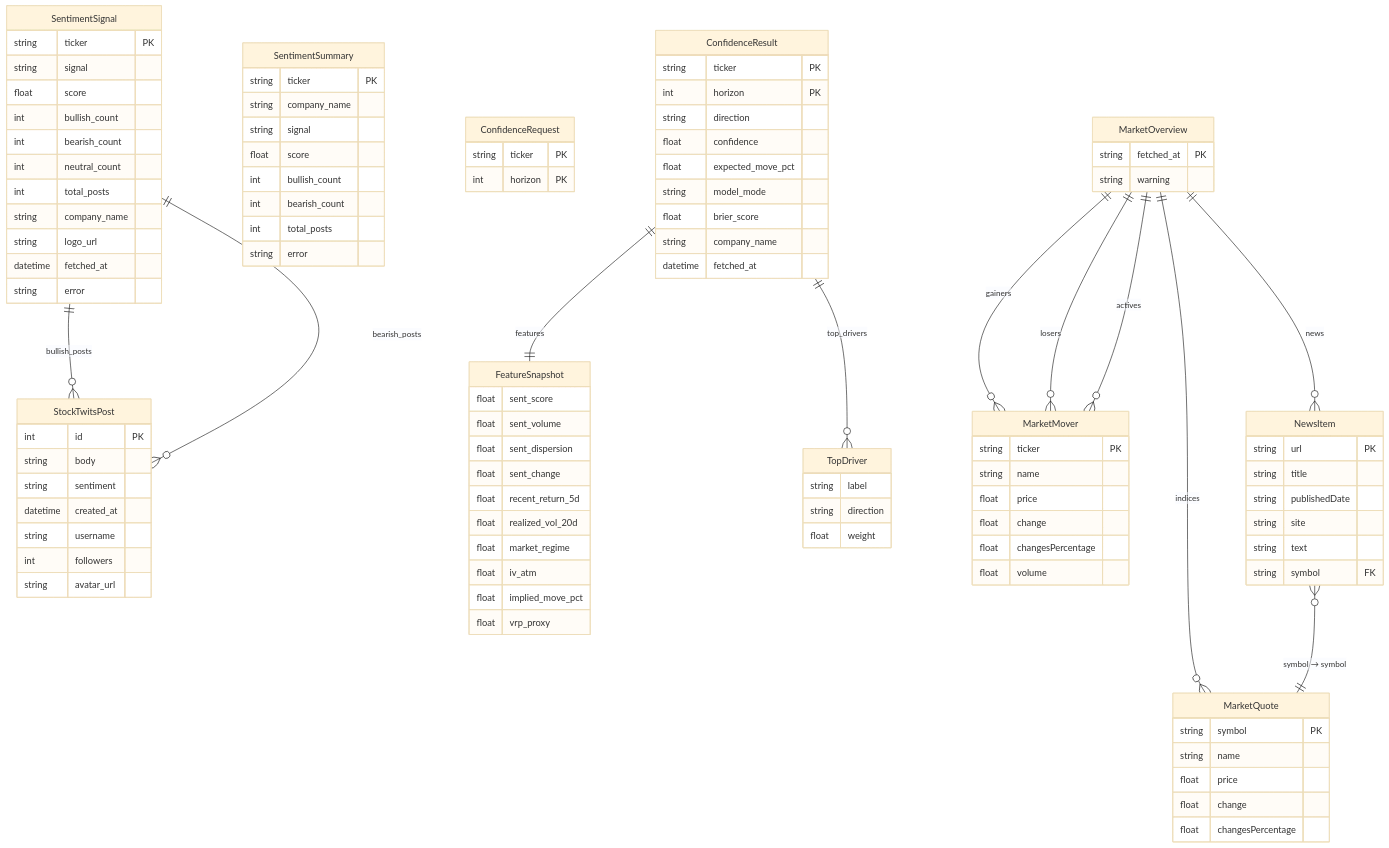
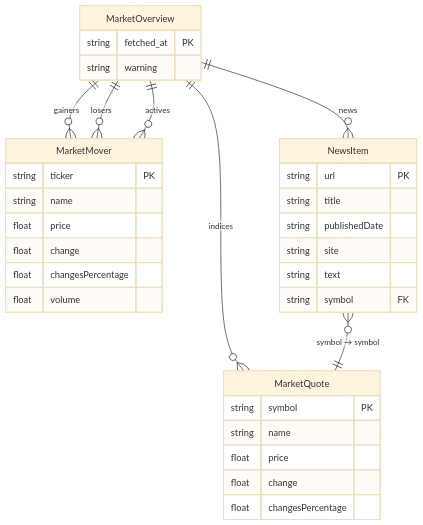
Before and after one commit to Joachim-Chuah/senior_project: the fifth of 9 diagrams in architecture.md, drawn with Mermaid (base theme).

Commit message:
Restructure ERD into domain clusters with cross-cluster flowchart
Splits the single flat erDiagram into three cluster diagrams
(Sentiment, Confidence, Market) plus a cross-cluster flowchart,
matching the sectioned ERD style with PK/FK annotations.

````diff
--- a/architecture.md
+++ b/architecture.md
@@ -97,81 +187,5 @@
 ```mermaid
 erDiagram
-    SentimentSignal {
-        string ticker PK
-        string signal
-        float  score
-        int    bullish_count
-        int    bearish_count
-        int    neutral_count
-        int    total_posts
-        string company_name
-        string logo_url
-        datetime fetched_at
-        string error
-    }
-
-    StockTwitsPost {
-        int    id PK
-        string body
-        string sentiment
-        datetime created_at
-        string username
-        int    followers
-        string avatar_url
-    }
-
-    SentimentSummary {
-        string ticker PK
-        string company_name
-        string signal
-        float  score
-        int    bullish_count
-        int    bearish_count
-        int    total_posts
-        string error
-    }
-
-    ConfidenceRequest {
-        string ticker PK
-        int    horizon PK
-    }
-
-    ConfidenceResult {
-        string   ticker PK
-        int      horizon PK
-        string   direction
-        float    confidence
-        float    expected_move_pct
-        string   model_mode
-        float    brier_score
-        string   company_name
-        datetime fetched_at
-    }
-
-    FeatureSnapshot {
-        float sent_score
-        float sent_volume
-        float sent_dispersion
-        float sent_change
-        float recent_return_5d
-        float realized_vol_20d
-        float market_regime
-        float iv_atm
-        float implied_move_pct
-        float vrp_proxy
-    }
-
-    TopDriver {
-        string label
-        string direction
-        float  weight
-    }
-
-    MarketOverview {
-        string   fetched_at PK
-        string   warning
-    }
-
     MarketQuote {
         string symbol PK
         string name
@@ -179,7 +193,6 @@
         float  change
         float  changesPercentage
     }
-
     MarketMover {
         string ticker PK
         string name
@@ -188,7 +201,6 @@
         float  changesPercentage
         float  volume
     }
-
     NewsItem {
         string url PK
         string title
@@ -197,11 +209,11 @@
         string text
         string symbol FK
     }
+    MarketOverview {
+        string fetched_at PK
+        string warning
+    }
 
-    SentimentSignal ||--o{ StockTwitsPost : "bullish_posts"
-    SentimentSignal ||--o{ StockTwitsPost : "bearish_posts"
-    ConfidenceResult ||--|| FeatureSnapshot : "features"
-    ConfidenceResult ||--o{ TopDriver : "top_drivers"
     MarketOverview ||--o{ MarketQuote : "indices"
     MarketOverview ||--o{ MarketMover : "gainers"
     MarketOverview ||--o{ MarketMover : "losers"
````
